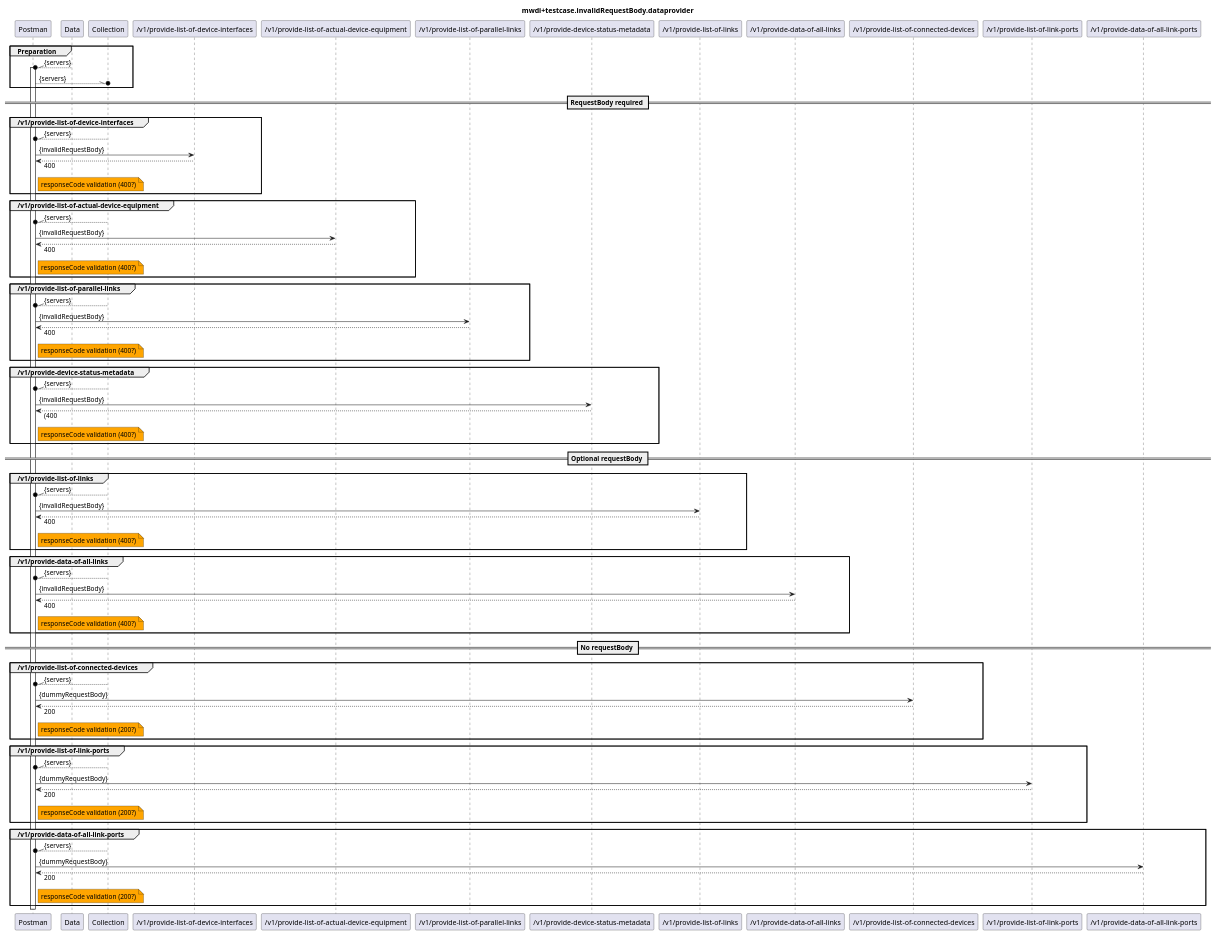
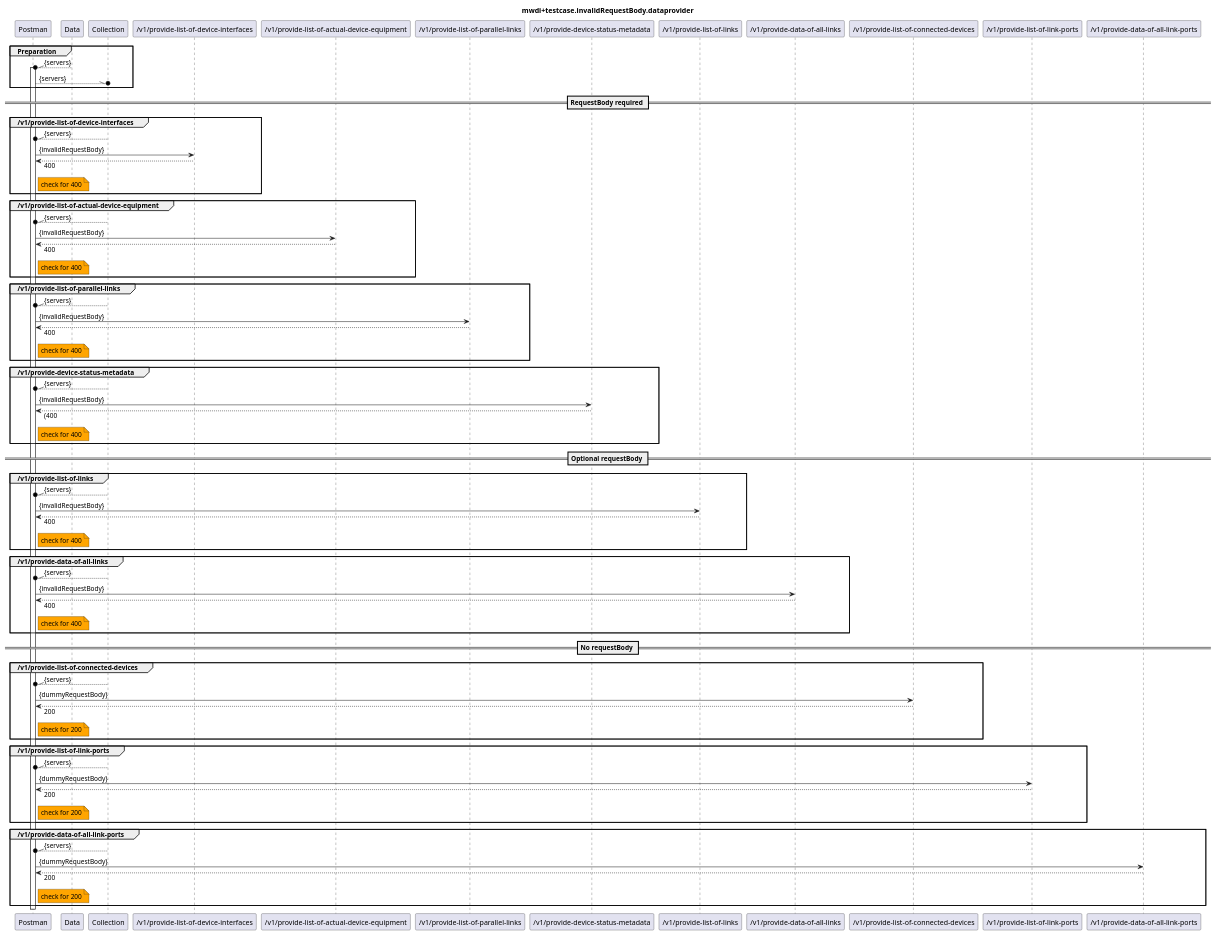
The diagram in testing/2_functional/invalidRequestBody/v1.2.2/Dataprovider/mwdi+diagram.invalidRequestBody.dataprovider.plantuml (openBackhaul/MicroWaveDeviceInventory), drawn with PlantUML before and after one commit. The commit also changed 3 other files, not shown here.

```diff
--- a/testing/2_functional/invalidRequestBody/v1.2.2/Dataprovider/mwdi+diagram.invalidRequestBody.dataprovider.plantuml
+++ b/testing/2_functional/invalidRequestBody/v1.2.2/Dataprovider/mwdi+diagram.invalidRequestBody.dataprovider.plantuml
@@ -1,124 +1,124 @@
 @startuml mwdi+diagram.invalidRequestBody.dataprovider
 skinparam responseMessageBelowArrow true
 
 title
 mwdi+testcase.invalidRequestBody.dataprovider
 end title
 
 participant "Postman" as Postman
 participant "Data" as Data
 participant "Collection" as Collection
 
 'requestBody required
 participant "/v1/provide-list-of-device-interfaces" as PLODI
 participant "/v1/provide-list-of-actual-device-equipment" as PLOADE
 participant "/v1/provide-list-of-parallel-links" as PLOPL
 participant "/v1/provide-device-status-metadata" as PDSM
 
 'optional requestBody
 participant "/v1/provide-list-of-links" as PLOL
 participant "/v1/provide-data-of-all-links" as PDOAL
 
 'no requestBody
 participant "/v1/provide-list-of-connected-devices" as PLOCD
 participant "/v1/provide-list-of-link-ports" as PLOLP
 participant "/v1/provide-data-of-all-link-ports" as PDOALP
 
 
 group Preparation
   Data --\\o Postman : {servers}
   activate Postman
   Postman --\\o Collection : {servers}
 end
 
 '-------------------------------------------------------------
 == RequestBody required ==
   group /v1/provide-list-of-device-interfaces
     Collection --\\o Postman : {servers}
     Postman -> PLODI : {invalidRequestBody}
     Postman <-- PLODI : 400
     note right Postman #Orange
-      responseCode validation (400?)
+      check for 400
     end note
   end
 
   group /v1/provide-list-of-actual-device-equipment
     Collection --\\o Postman : {servers}
     Postman -> PLOADE : {invalidRequestBody}
     Postman <-- PLOADE : 400
     note right Postman #Orange
-      responseCode validation (400?)
+      check for 400
     end note
   end
 
   group /v1/provide-list-of-parallel-links
     Collection --\\o Postman : {servers}
     Postman -> PLOPL : {invalidRequestBody}
     Postman <-- PLOPL : 400
     note right Postman #Orange
-      responseCode validation (400?)
+      check for 400
     end note
   end
 
   group /v1/provide-device-status-metadata
     Collection --\\o Postman : {servers}
     Postman -> PDSM : {invalidRequestBody}
     Postman <-- PDSM : (400
     note right Postman #Orange
-      responseCode validation (400?)
+      check for 400
     end note
   end
 
 '-------------------------------------------------------------
 == Optional requestBody == 
   group /v1/provide-list-of-links
     Collection --\\o Postman : {servers}
     Postman -> PLOL : {invalidRequestBody}
     Postman <-- PLOL : 400
     note right Postman #Orange
-      responseCode validation (400?)
+      check for 400
     end note
   end
 
   group /v1/provide-data-of-all-links
     Collection --\\o Postman : {servers}
     Postman -> PDOAL : {invalidRequestBody}
     Postman <-- PDOAL : 400
     note right Postman #Orange
-      responseCode validation (400?)
+      check for 400
     end note
   end
 
 
 '-------------------------------------------------------------
 == No requestBody == 
   group /v1/provide-list-of-connected-devices
     Collection --\\o Postman : {servers}
     Postman -> PLOCD : {dummyRequestBody}
     Postman <-- PLOCD : 200
     note right Postman #Orange
-      responseCode validation (200?)
+      check for 200
     end note
   end
 
   group /v1/provide-list-of-link-ports
     Collection --\\o Postman : {servers}
     Postman -> PLOLP : {dummyRequestBody}
     Postman <-- PLOLP : 200
     note right Postman #Orange
-      responseCode validation (200?)
+      check for 200
     end note
   end
 
   group /v1/provide-data-of-all-link-ports
     Collection --\\o Postman : {servers}
     Postman -> PDOALP : {dummyRequestBody}
     Postman <-- PDOALP : 200
     note right Postman #Orange
-      responseCode validation (200?)
+      check for 200
     end note
   end
 
 deactivate Postman
 
 @enduml
```
